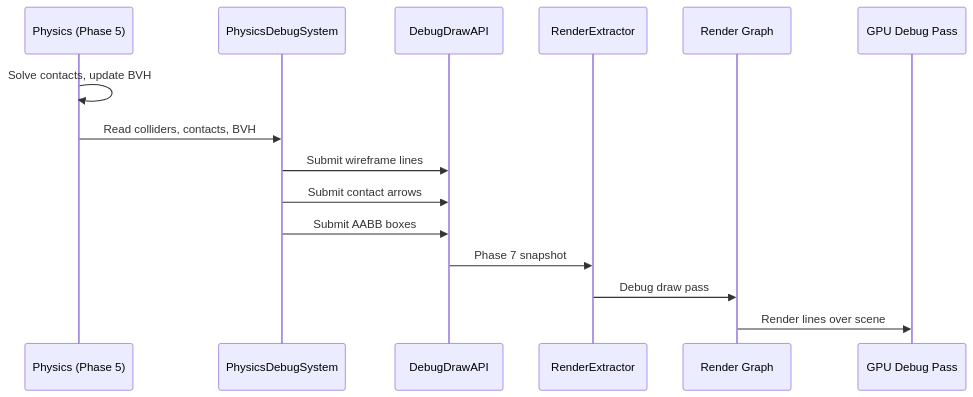
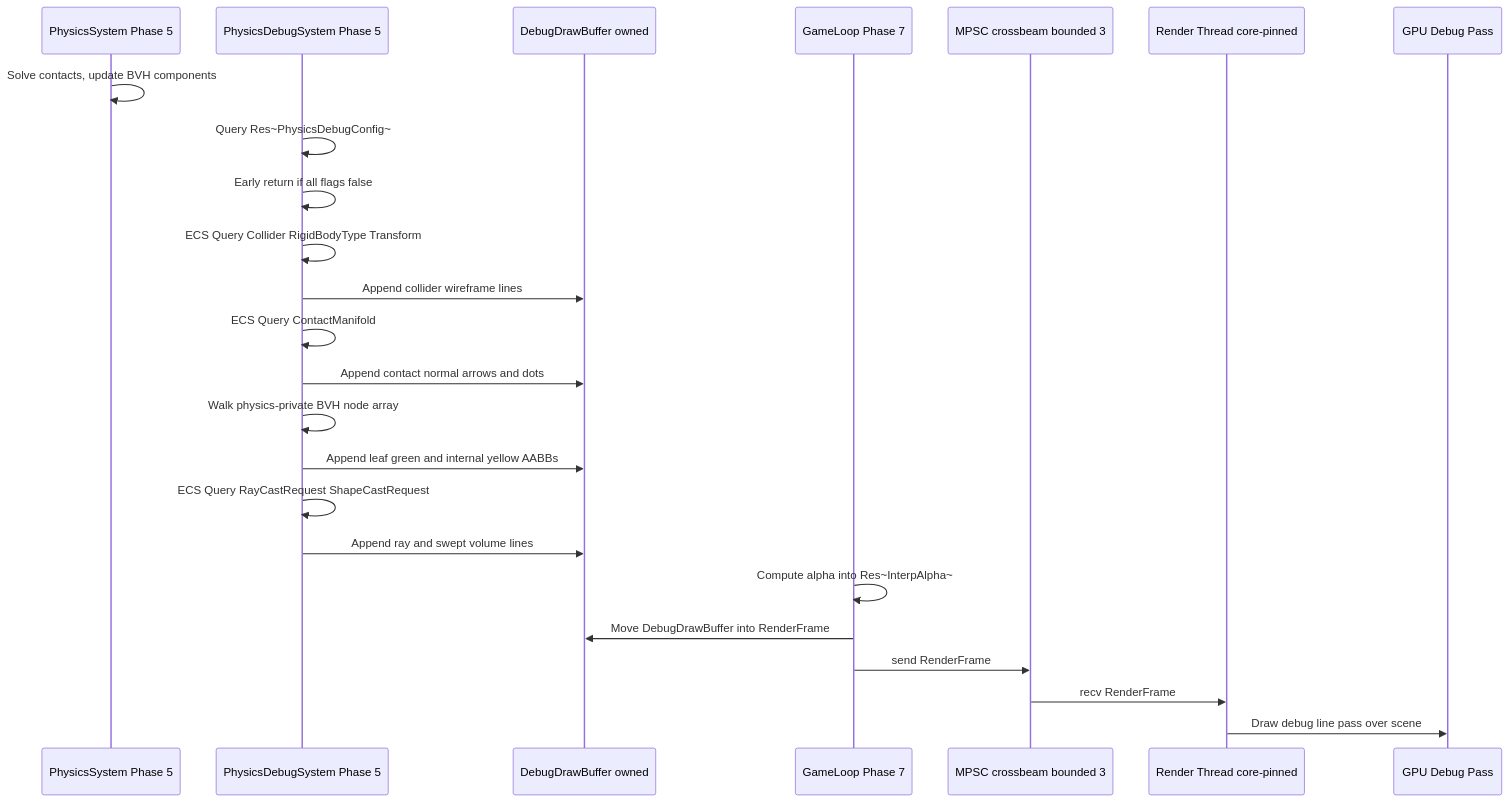
The third of 3 diagrams in docs/design/integration/rendering-physics.md (harmonius-dev/harmonius), drawn with Mermaid before and after one commit. The commit also changed other lines of this file and 109 other files, not shown here.

````diff
--- a/docs/design/integration/rendering-physics.md
+++ b/docs/design/integration/rendering-physics.md
@@ -72,18 +273,27 @@
 ```mermaid
 sequenceDiagram
-    participant PHY as Physics (Phase 5)
-    participant DBG as PhysicsDebugSystem
-    participant DD as DebugDrawAPI
-    participant EX as RenderExtractor
-    participant RG as Render Graph
+    participant PHY as PhysicsSystem Phase 5
+    participant DBG as PhysicsDebugSystem Phase 5
+    participant BUF as DebugDrawBuffer owned
+    participant GL as GameLoop Phase 7
+    participant CH as MPSC crossbeam bounded 3
+    participant RT as Render Thread core-pinned
     participant GPU as GPU Debug Pass
 
-    PHY->>PHY: Solve contacts, update BVH
-    PHY->>DBG: Read colliders, contacts, BVH
-    DBG->>DD: Submit wireframe lines
-    DBG->>DD: Submit contact arrows
-    DBG->>DD: Submit AABB boxes
-    DD->>EX: Phase 7 snapshot
-    EX->>RG: Debug draw pass
-    RG->>GPU: Render lines over scene
+    PHY->>PHY: Solve contacts, update BVH components
+    DBG->>DBG: Query Res~PhysicsDebugConfig~
+    DBG->>DBG: Early return if all flags false
+    DBG->>DBG: ECS Query Collider RigidBodyType Transform
+    DBG->>BUF: Append collider wireframe lines
+    DBG->>DBG: ECS Query ContactManifold
+    DBG->>BUF: Append contact normal arrows and dots
+    DBG->>DBG: Walk physics-private BVH node array
+    DBG->>BUF: Append leaf green and internal yellow AABBs
+    DBG->>DBG: ECS Query RayCastRequest ShapeCastRequest
+    DBG->>BUF: Append ray and swept volume lines
+    GL->>GL: Compute alpha into Res~InterpAlpha~
+    GL->>BUF: Move DebugDrawBuffer into RenderFrame
+    GL->>CH: send RenderFrame
+    CH->>RT: recv RenderFrame
+    RT->>GPU: Draw debug line pass over scene
 ```
````
